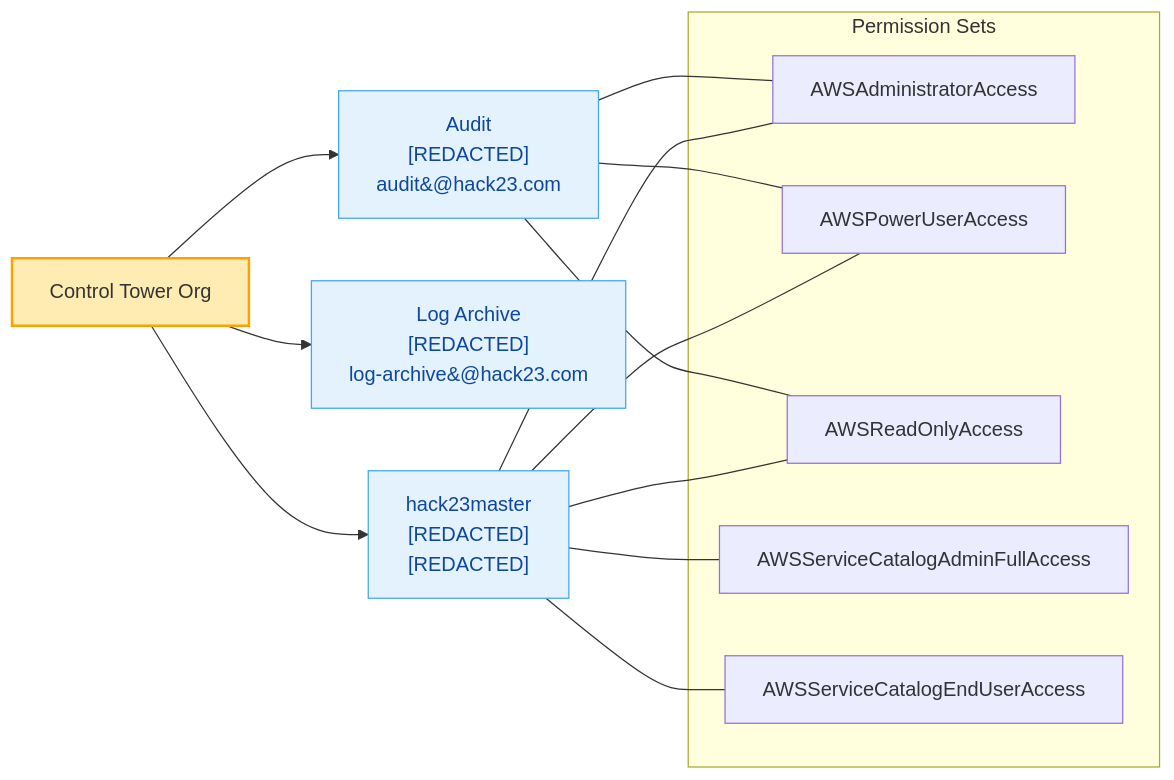
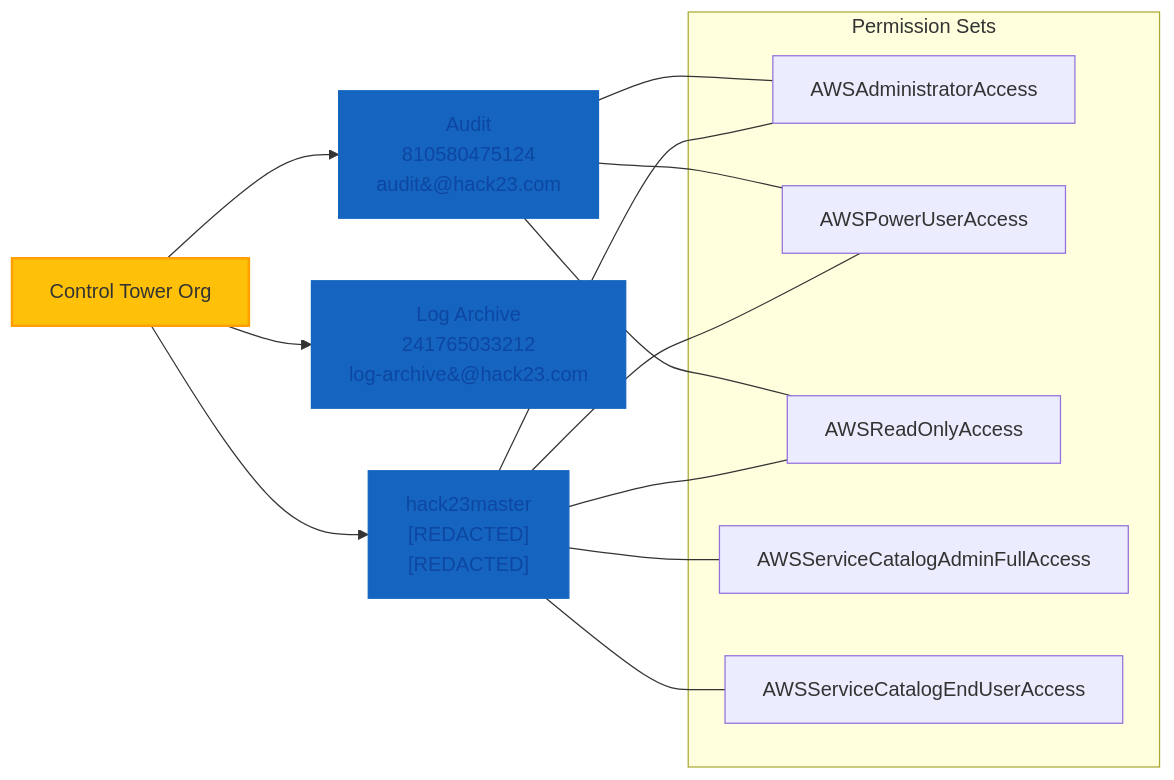
One commit to Hack23/ISMS-PUBLIC changed the second of 8 diagrams in Asset_Register.md. Above: the diagram before and after it, drawn with Mermaid. The commit also changed other lines of this file and 35 other files, not shown here.

````diff
--- a/Asset_Register.md
+++ b/Asset_Register.md
@@ -173,34 +177,34 @@
 ```mermaid
 flowchart LR
   A["Control Tower Org"]
-  AU["Audit\n[REDACTED]\naudit&#64;hack23.com"]
-  LA["Log Archive\n[REDACTED]\nlog-archive&#64;hack23.com"]
+  AU["Audit\n810580475124\naudit&#64;hack23.com"]
+  LA["Log Archive\n241765033212\nlog-archive&#64;hack23.com"]
   HM["hack23master\n[REDACTED]\n[REDACTED]"]
 
   A --> AU
   A --> LA
   A --> HM
 
   subgraph "Permission Sets"
     PS1["AWSAdministratorAccess"]
     PS2["AWSPowerUserAccess"]
     PS3["AWSReadOnlyAccess"]
     PS4["AWSServiceCatalogAdminFullAccess"]
     PS5["AWSServiceCatalogEndUserAccess"]
   end
 
   AU --- PS1
   AU --- PS2
   AU --- PS3
   HM --- PS1
   HM --- PS2
   HM --- PS3
   HM --- PS4
   HM --- PS5
 
-  classDef ct fill:#ffecb3,stroke:#ffa000,stroke-width:2px,color:#333;
-  classDef acct fill:#e3f2fd,stroke:#42a5f5,color:#0d47a1;
+  classDef ct fill:#FFC107,stroke:#ffa000,stroke-width:2px,color:#333;
+  classDef acct fill:#1565C0,stroke:#1565C0,color:#0d47a1;
 
   class A ct;
   class AU,LA,HM acct;
 ```
````
